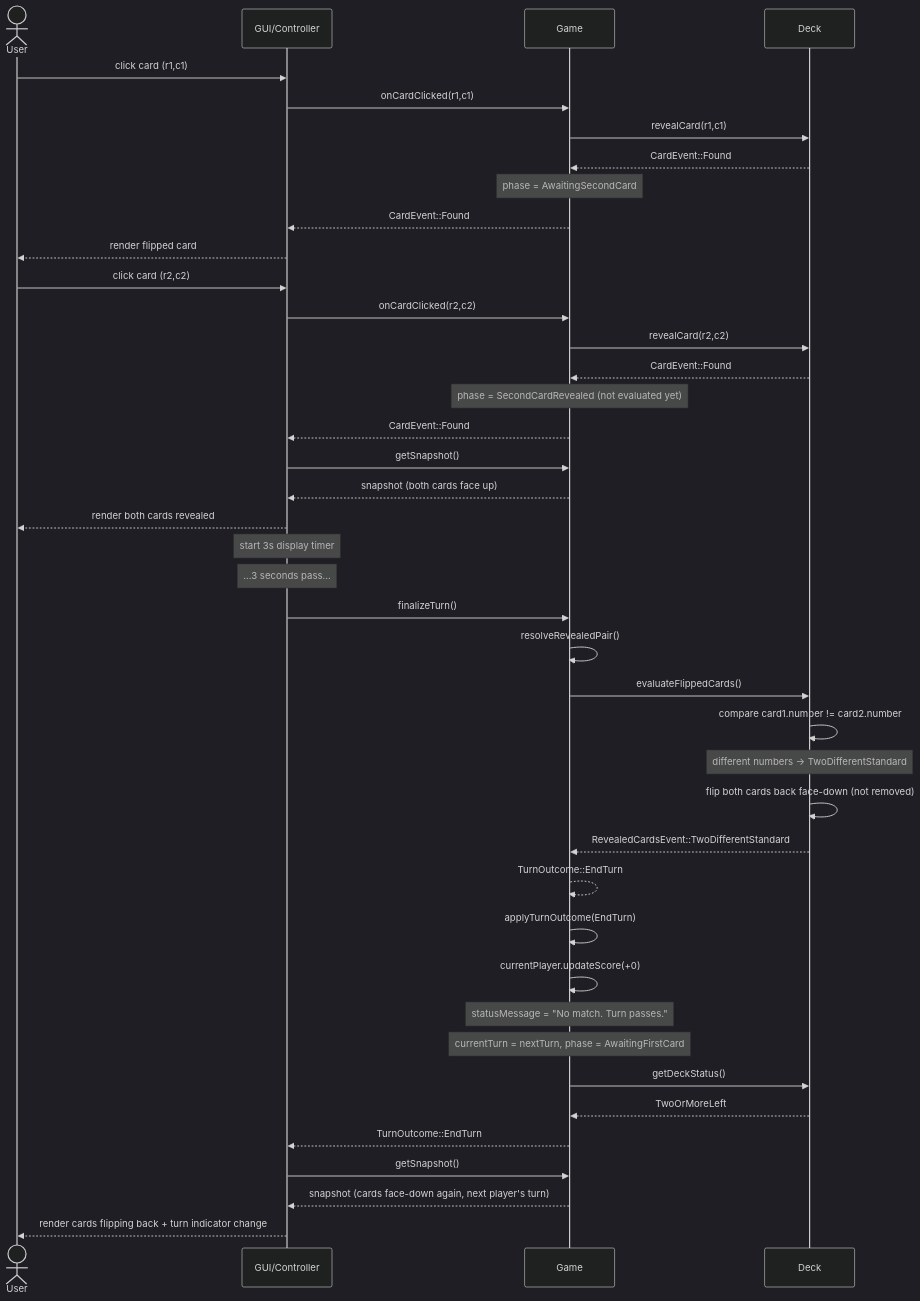
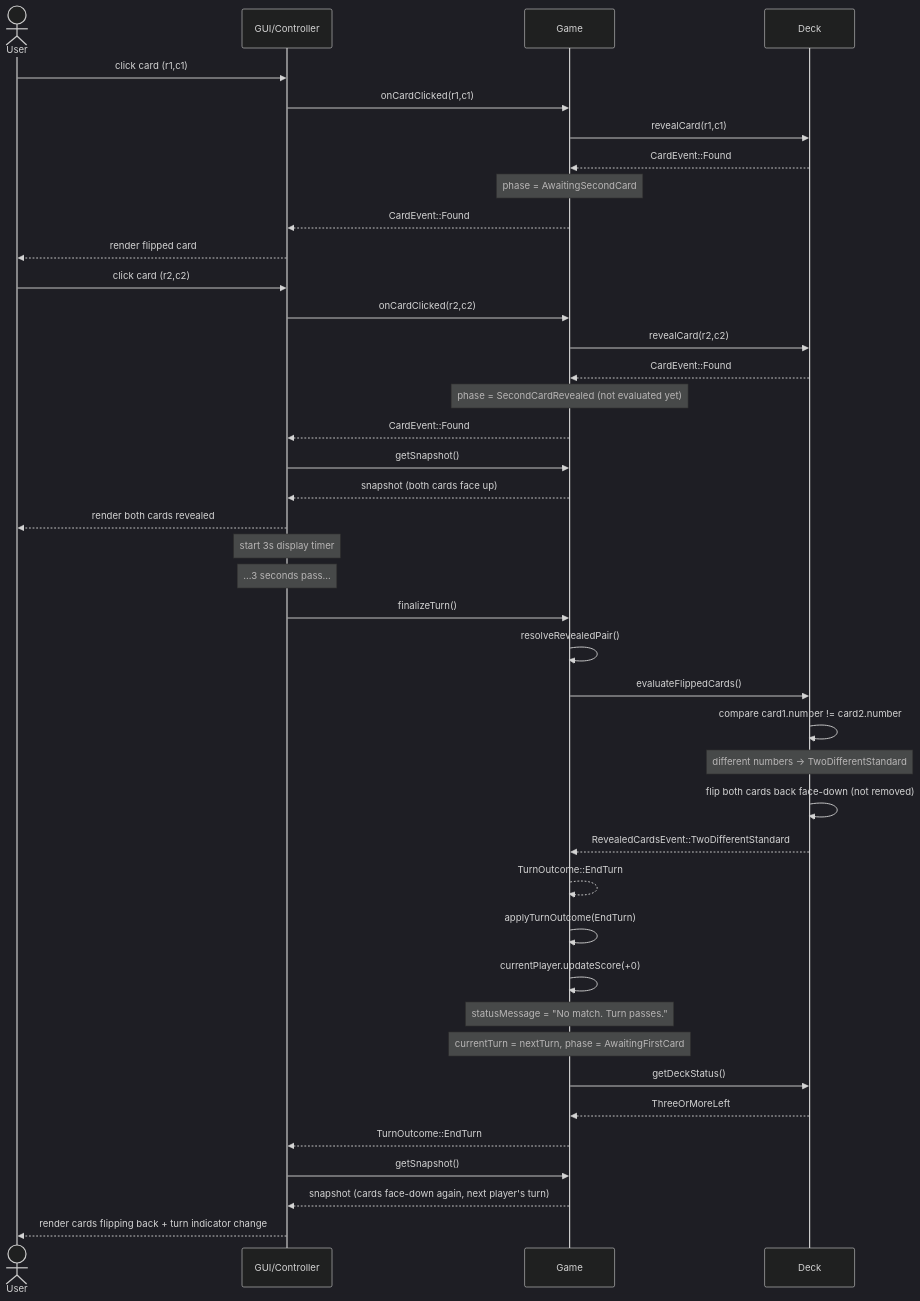
The sixth of 10 diagrams in docs/ARCHITECTURE.md (ahmed-marie/INCS101-Project-V2), drawn with Mermaid (dark theme) before and after one commit. The commit also changed other lines of this file and 11 other files, not shown here.

````diff
--- a/docs/ARCHITECTURE.md
+++ b/docs/ARCHITECTURE.md
@@ -361,46 +440,46 @@
 ```mermaid
 sequenceDiagram
     actor U as User
     participant GUI as GUI/Controller
     participant G as Game
     participant D as Deck
 
     U->>GUI: click card (r1,c1)
     GUI->>G: onCardClicked(r1,c1)
     G->>D: revealCard(r1,c1)
     D-->>G: CardEvent::Found
     Note over G: phase = AwaitingSecondCard
     G-->>GUI: CardEvent::Found
     GUI-->>U: render flipped card
 
     U->>GUI: click card (r2,c2)
     GUI->>G: onCardClicked(r2,c2)
     G->>D: revealCard(r2,c2)
     D-->>G: CardEvent::Found
     Note over G: phase = SecondCardRevealed (not evaluated yet)
     G-->>GUI: CardEvent::Found
     GUI->>G: getSnapshot()
     G-->>GUI: snapshot (both cards face up)
     GUI-->>U: render both cards revealed
     Note over GUI: start 3s display timer
 
     Note over GUI: ...3 seconds pass...
     GUI->>G: finalizeTurn()
     G->>G: resolveRevealedPair()
     G->>D: evaluateFlippedCards()
     D->>D: compare card1.number != card2.number
     Note over D: different numbers -> TwoDifferentStandard
     D->>D: flip both cards back face-down (not removed)
     D-->>G: RevealedCardsEvent::TwoDifferentStandard
     G-->>G: TurnOutcome::EndTurn
     G->>G: applyTurnOutcome(EndTurn)
     G->>G: currentPlayer.updateScore(+0)
     Note over G: statusMessage = "No match. Turn passes."
     Note over G: currentTurn = nextTurn, phase = AwaitingFirstCard
     G->>D: getDeckStatus()
-    D-->>G: TwoOrMoreLeft
+    D-->>G: ThreeOrMoreLeft
     G-->>GUI: TurnOutcome::EndTurn
     GUI->>G: getSnapshot()
     G-->>GUI: snapshot (cards face-down again, next player's turn)
     GUI-->>U: render cards flipping back + turn indicator change
 ```
````
